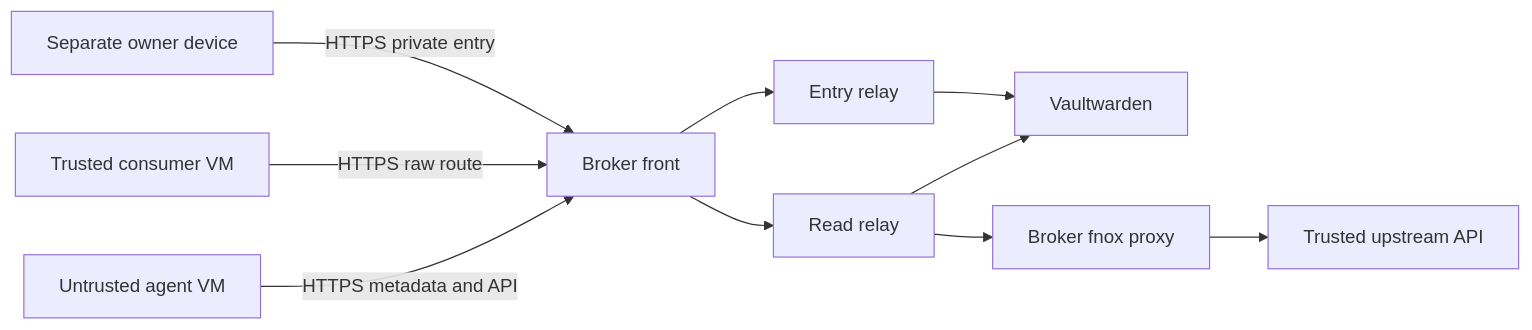
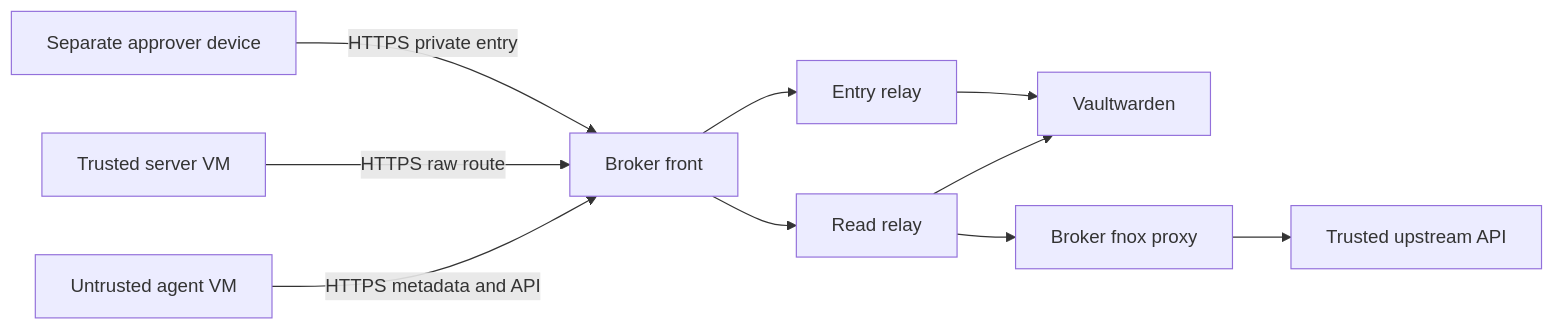
One commit to machinarii/valetkey changed the diagram in docs/valetkey-threat-model.md. Above: the diagram before and after it, drawn with Mermaid. The commit also changed other lines of this file and 24 other files, not shown here.

````diff
--- a/docs/valetkey-threat-model.md
+++ b/docs/valetkey-threat-model.md
@@ -61,12 +61,12 @@
 ```mermaid
 flowchart LR
   A["Untrusted agent VM"] -->|HTTPS metadata and API| F["Broker front"]
-  C["Trusted consumer VM"] -->|HTTPS raw route| F
-  O["Separate owner device"] -->|HTTPS private entry| F
+  C["Trusted server VM"] -->|HTTPS raw route| F
+  O["Separate approver device"] -->|HTTPS private entry| F
   F --> R["Read relay"]
   F --> E["Entry relay"]
   R --> V["Vaultwarden"]
   E --> V
   R --> P["Broker fnox proxy"]
   P --> U["Trusted upstream API"]
 ```
````
